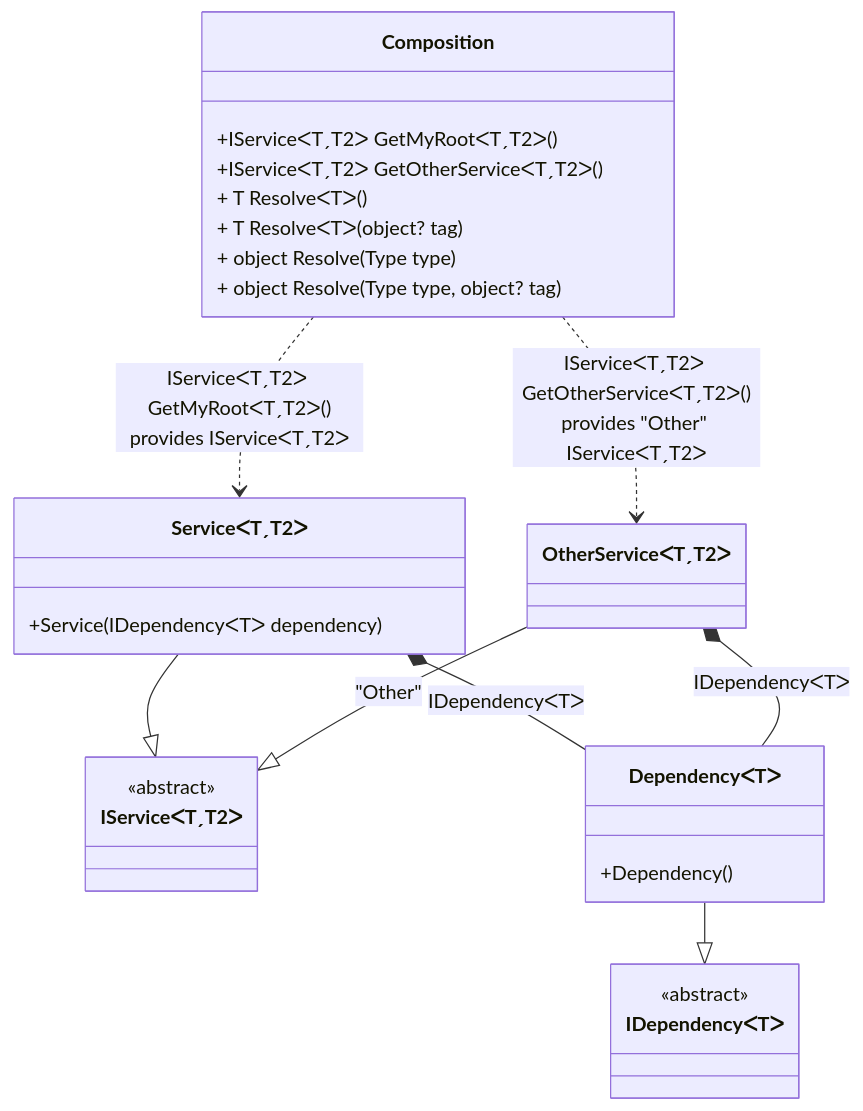
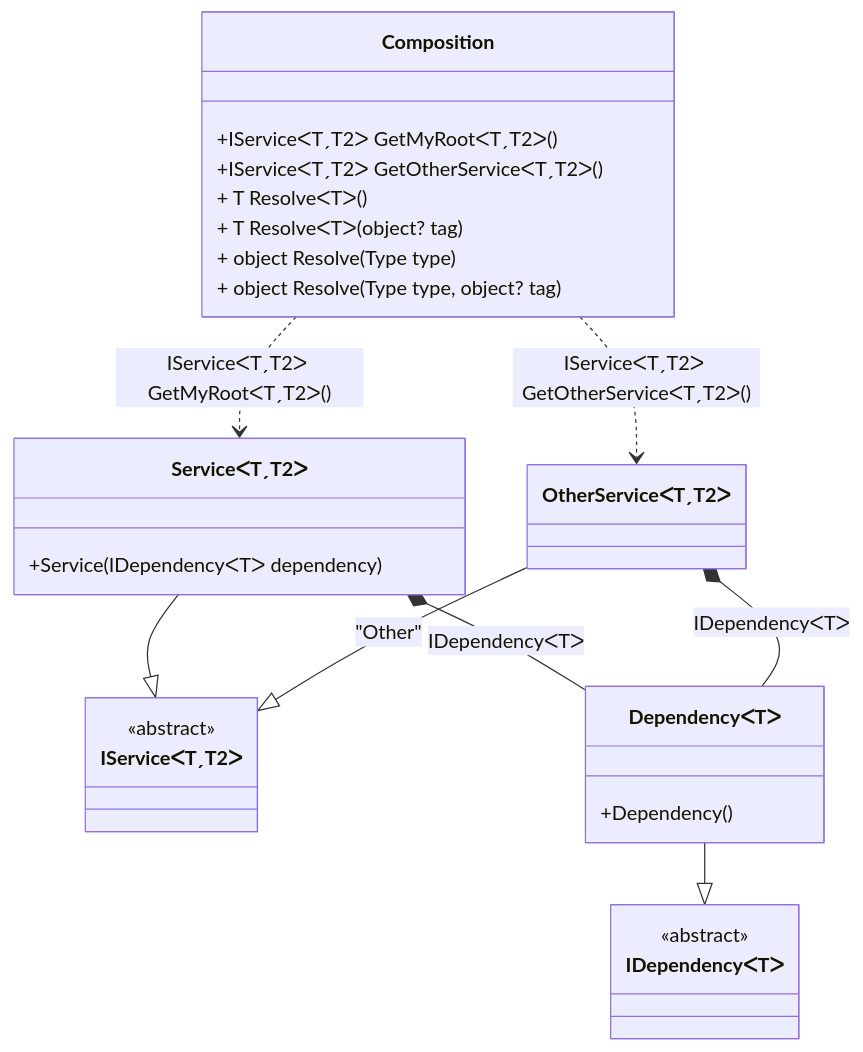
Before and after one commit to DevTeam/Pure.DI: the diagram in readme/generic-composition-roots-with-constraints.md, drawn with Mermaid. The commit also changed other lines of this file and 74 other files, not shown here.

````diff
--- a/readme/generic-composition-roots-with-constraints.md
+++ b/readme/generic-composition-roots-with-constraints.md
@@ -58,31 +58,31 @@
 ```mermaid
 classDiagram
   class Composition {
     +IServiceᐸTˏT2ᐳ GetMyRootᐸTˏT2ᐳ()
     +IServiceᐸTˏT2ᐳ GetOtherServiceᐸTˏT2ᐳ()
     + T ResolveᐸTᐳ()
     + T ResolveᐸTᐳ(object? tag)
     + object Resolve(Type type)
     + object Resolve(Type type, object? tag)
   }
   ServiceᐸTˏT2ᐳ --|> IServiceᐸTˏT2ᐳ : 
   class ServiceᐸTˏT2ᐳ {
     +Service(IDependencyᐸTᐳ dependency)
   }
   OtherServiceᐸTˏT2ᐳ --|> IServiceᐸTˏT2ᐳ : "Other" 
   class OtherServiceᐸTˏT2ᐳ
   DependencyᐸTᐳ --|> IDependencyᐸTᐳ : 
   class DependencyᐸTᐳ {
     +Dependency()
   }
   class IServiceᐸTˏT2ᐳ {
     <<abstract>>
   }
   class IDependencyᐸTᐳ {
     <<abstract>>
   }
-  Composition ..> ServiceᐸTˏT2ᐳ : IServiceᐸTˏT2ᐳ GetMyRootᐸTˏT2ᐳ()<br/>provides IServiceᐸTˏT2ᐳ
-  Composition ..> OtherServiceᐸTˏT2ᐳ : IServiceᐸTˏT2ᐳ GetOtherServiceᐸTˏT2ᐳ()<br/>provides "Other" IServiceᐸTˏT2ᐳ
+  Composition ..> ServiceᐸTˏT2ᐳ : IServiceᐸTˏT2ᐳ GetMyRootᐸTˏT2ᐳ()
+  Composition ..> OtherServiceᐸTˏT2ᐳ : IServiceᐸTˏT2ᐳ GetOtherServiceᐸTˏT2ᐳ()
   ServiceᐸTˏT2ᐳ *--  DependencyᐸTᐳ : IDependencyᐸTᐳ
   OtherServiceᐸTˏT2ᐳ *--  DependencyᐸTᐳ : IDependencyᐸTᐳ
 ```
````
